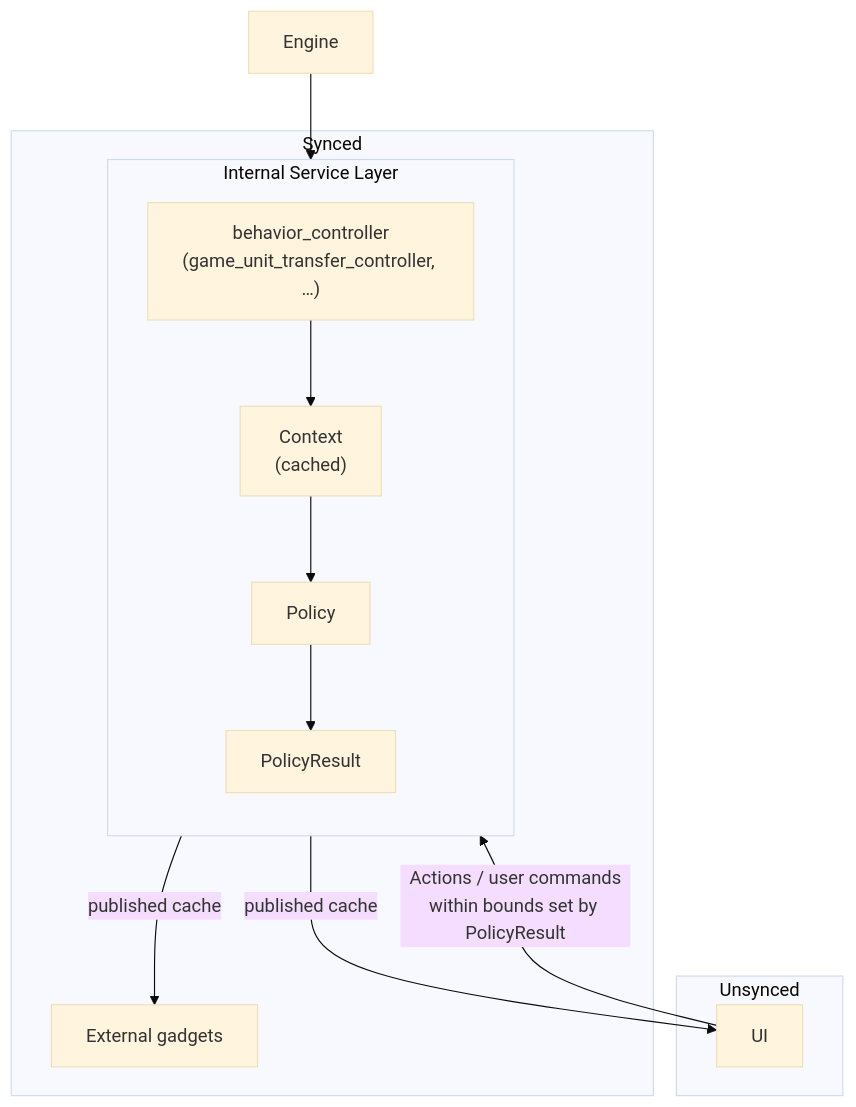
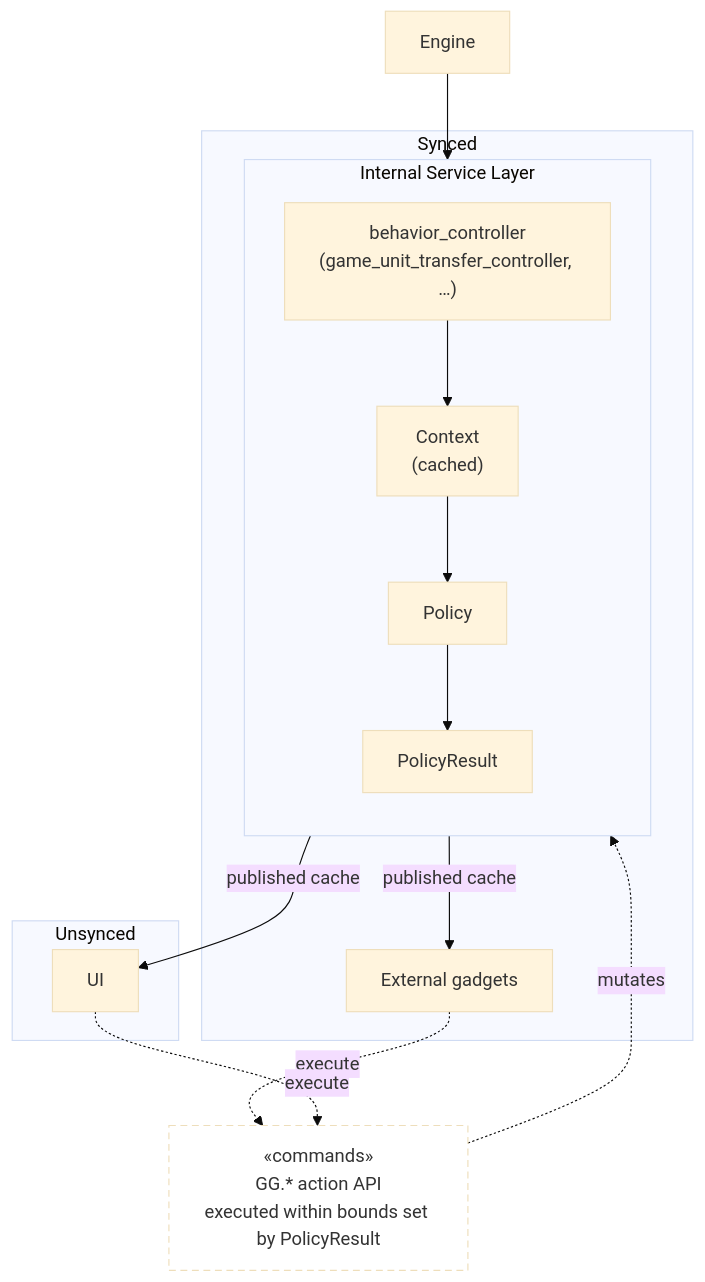
One commit to keithharvey/BAR-Devtools changed the diagram in scripts/sharing-split/descriptions/01-foundations.md. Above: the diagram before and after it, drawn with Mermaid (base theme).

Commit message:
01-foundations: mermaid - add dashed «commands» API port both gadgets and UI execute across

````diff
--- a/scripts/sharing-split/descriptions/01-foundations.md
+++ b/scripts/sharing-split/descriptions/01-foundations.md
@@ -25,25 +25,31 @@
 ```mermaid
 flowchart TD
     Engine[Engine]
 
     subgraph Synced
         subgraph SL["Internal Service Layer"]
             direction TB
             Controller["behavior_controller<br/>(game_unit_transfer_controller, …)"]
             Context["Context<br/>(cached)"]
             Policy[Policy]
             Result[PolicyResult]
             Controller --> Context --> Policy --> Result
         end
         Gadgets["External gadgets"]
     end
 
     subgraph Unsynced
         UI[UI]
     end
 
+    Commands["«commands»<br/>GG.* action API<br/>executed within bounds set by PolicyResult"]
+    classDef iface stroke-dasharray:6 4,fill:#ffffff;
+    class Commands iface
+
     Engine --> Controller
     Result -->|published cache| Gadgets
     Result -->|published cache| UI
-    UI -->|Actions / user commands<br/>within bounds set by PolicyResult| Controller
+    Gadgets -.->|execute| Commands
+    UI -.->|execute| Commands
+    Commands -.->|mutates| Controller
 ```
````
